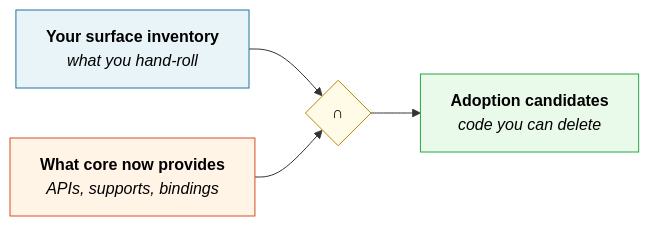
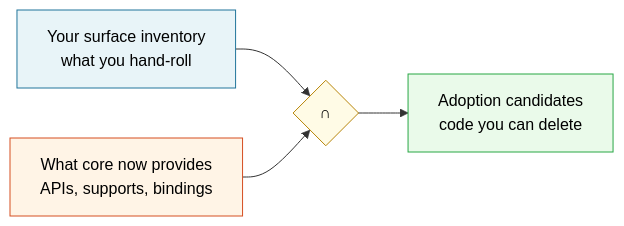
One commit to courtneyr-dev/wp-release-audit-method changed the diagram in plugin-theme-authors/adopting-new-apis.md. Above: the diagram before and after it, drawn with Mermaid. The commit also changed 4 other files, not shown here.

First line of the commit message:
🐛 Strip HTML tags from mermaid labels so GitHub will render the diagrams

````diff
--- a/plugin-theme-authors/adopting-new-apis.md
+++ b/plugin-theme-authors/adopting-new-apis.md
@@ -11,13 +11,13 @@
 ```mermaid
 flowchart LR
-    A["<b>Your surface inventory</b><br/><i>what you hand-roll</i>"]
-    B["<b>What core now provides</b><br/><i>APIs, supports, bindings</i>"]
+    A["Your surface inventory<br/>what you hand-roll"]
+    B["What core now provides<br/>APIs, supports, bindings"]
     A --> C{"∩"}
     B --> C
-    C --> D["<b>Adoption candidates</b><br/><i>code you can delete</i>"]
+    C --> D["Adoption candidates<br/>code you can delete"]
 
     style A fill:#e8f4f8,stroke:#21759B,color:#000
     style B fill:#fff4e6,stroke:#D54E21,color:#000
     style C fill:#fffbe6,stroke:#b8860b,color:#000
     style D fill:#eafaea,stroke:#28a745,color:#000
 ```
````
